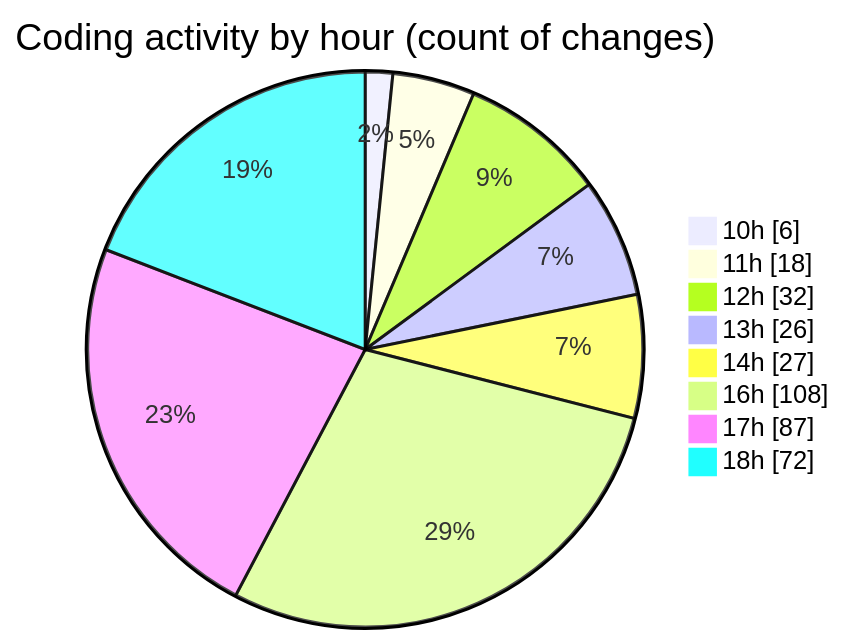
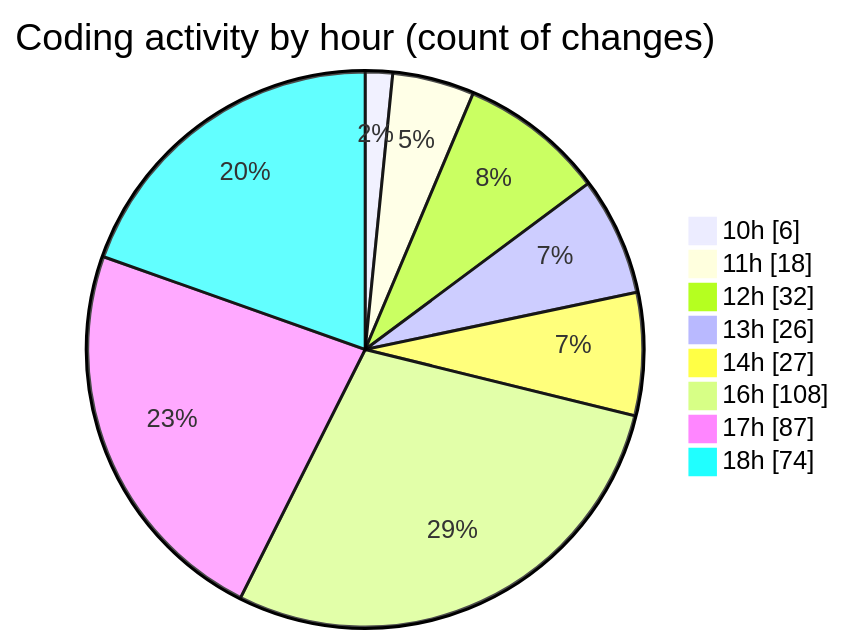
One commit to momahboobian/code-tracking changed the second of 2 diagrams in 2026-09-03/cda/README.md. Above: the diagram before and after it, drawn with Mermaid. The commit also changed other lines of this file and 1 other file, not shown here.

````diff
--- a/2026-09-03/cda/README.md
+++ b/2026-09-03/cda/README.md
@@ -115,12 +115,12 @@
 ```mermaid
 pie showData
 title Coding activity by hour (count of changes)
 "10h" : 6
 "11h" : 18
 "12h" : 32
 "13h" : 26
 "14h" : 27
 "16h" : 108
 "17h" : 87
-"18h" : 72
+"18h" : 74
 ```
````
